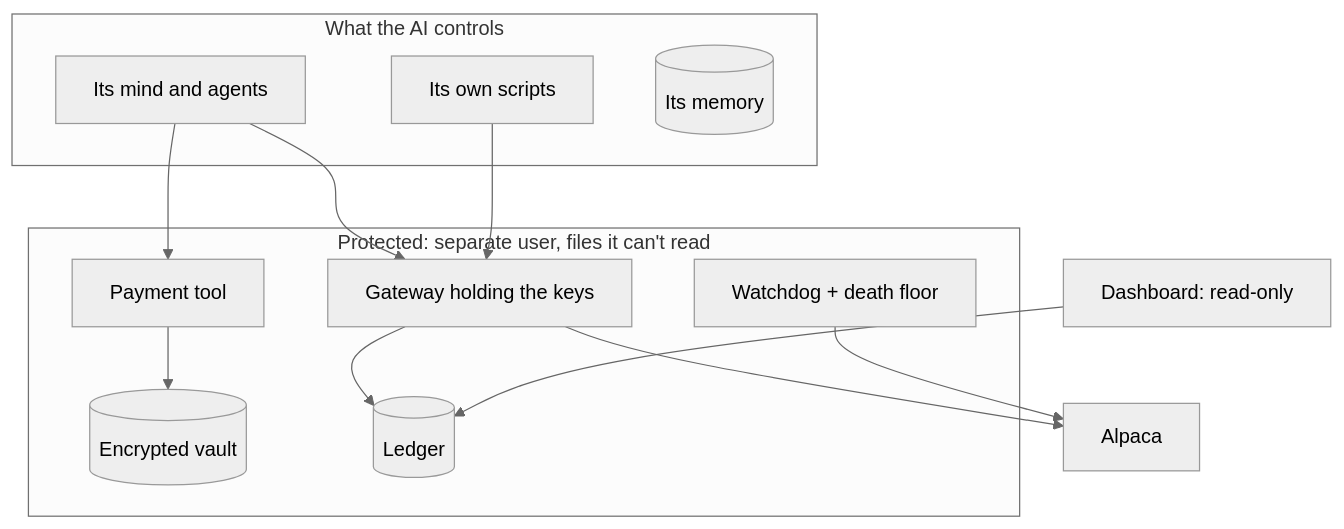
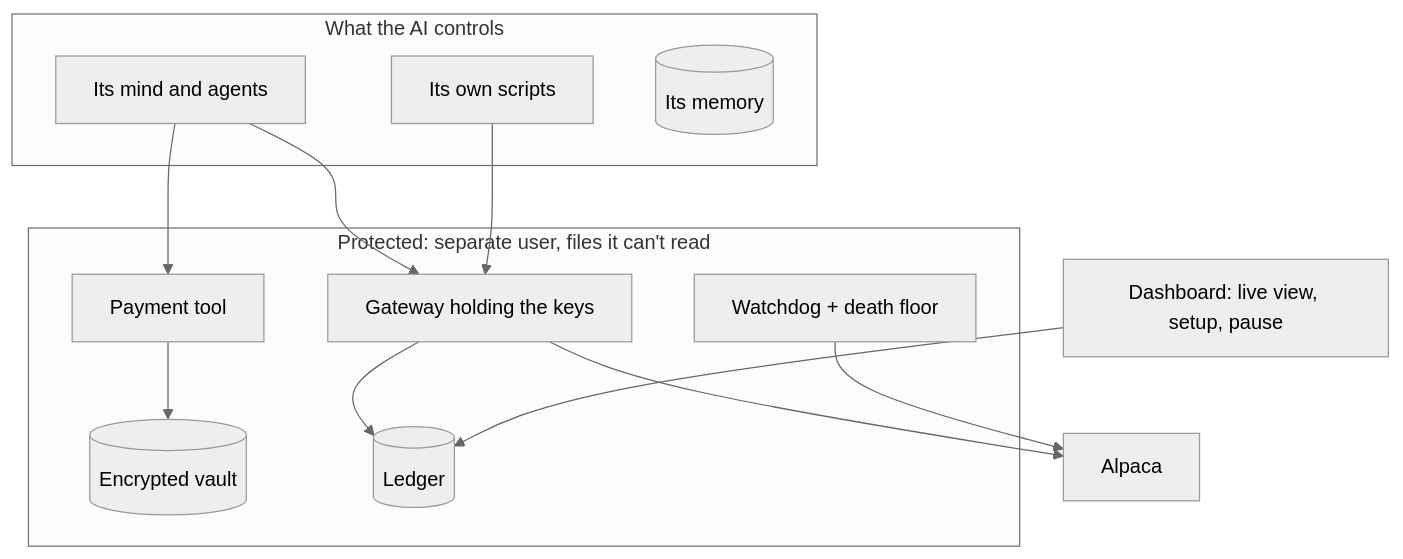
One commit to lpesseygirod/survival-council changed the diagram in README.md. Above: the diagram before and after it, drawn with Mermaid (neutral theme). The commit also changed other lines of this file, not shown here.

Commit message:
README: state the real goal, what the dashboard does and where the isolation applies

````diff
--- a/README.md
+++ b/README.md
@@ -38,23 +38,23 @@
 ```mermaid
 flowchart TB
     subgraph AI[What the AI controls]
       B[Its mind and agents]
       S[Its own scripts]
       Mem[(Its memory)]
     end
     subgraph P[Protected: separate user, files it can't read]
       W[Watchdog + death floor]
       G[Gateway holding the keys]
       Pay[Payment tool]
       V[(Encrypted vault)]
       L[(Ledger)]
     end
     B --> G
     S --> G
     B --> Pay
     Pay --> V
     G --> A[Alpaca]
     W --> A
     G --> L
-    D[Dashboard: read-only] --> L
+    D[Dashboard: live view, setup, pause] --> L
 ```
````
